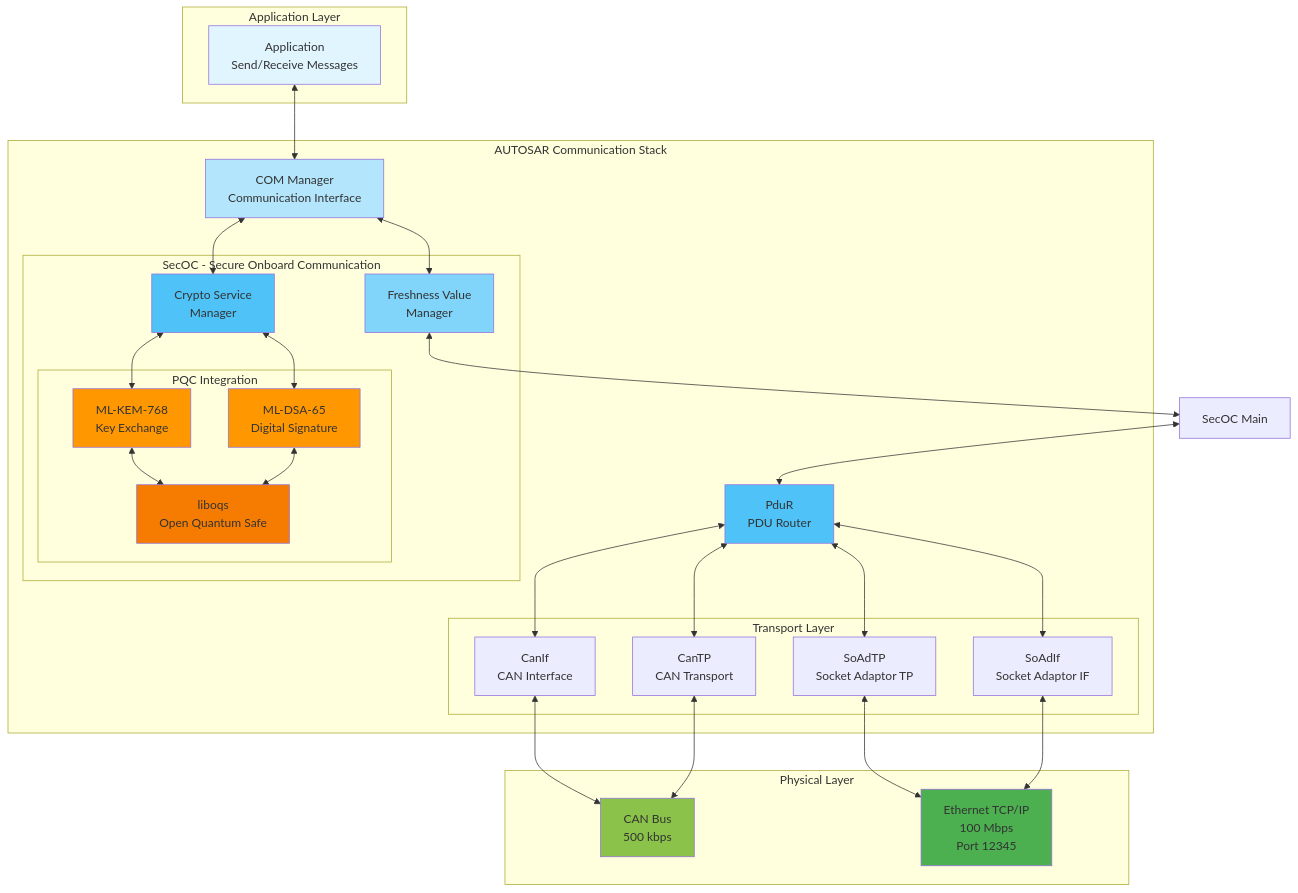
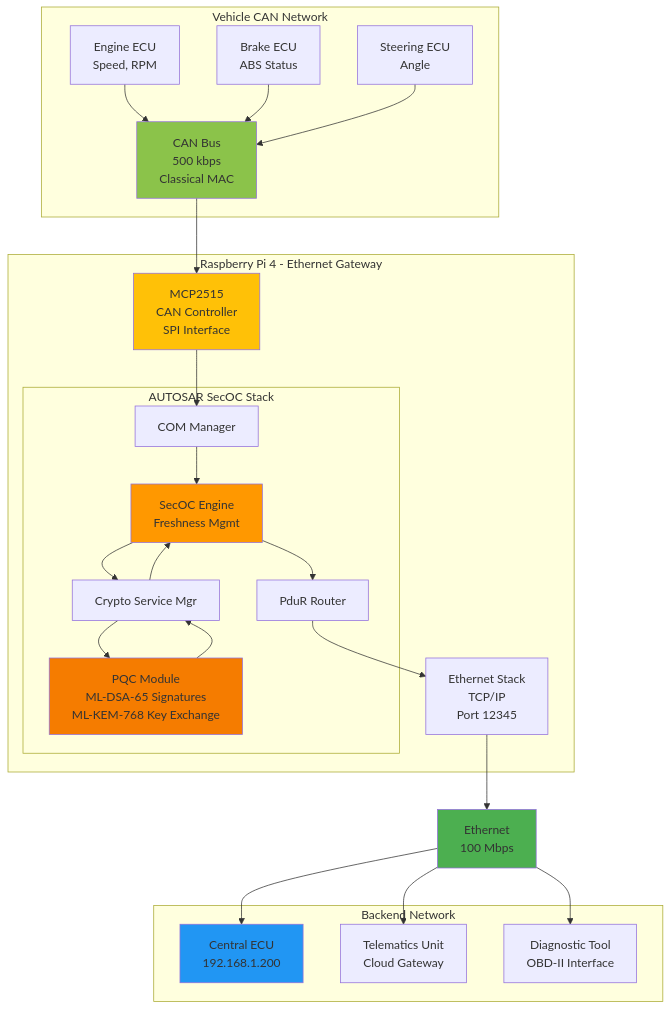
The first of 15 diagrams in Autosar_SecOC/DIAGRAMS.md (longluubao/computer_engineering_project), drawn with Mermaid before and after one commit. The commit also changed other lines of this file and 41 other files, not shown here.

First line of the commit message:
Update diagrams and documentation for PQC Ethernet gateway

````diff
--- a/Autosar_SecOC/DIAGRAMS.md
+++ b/Autosar_SecOC/DIAGRAMS.md
@@ -10,64 +10,54 @@
 ```mermaid
 graph TB
-    subgraph "Application Layer"
-        APP[Application<br/>Send/Receive Messages]
+    subgraph "Vehicle CAN Network"
+        ENGINE[Engine ECU<br/>Speed, RPM]
+        BRAKE[Brake ECU<br/>ABS Status]
+        STEERING[Steering ECU<br/>Angle]
+
+        ENGINE --> CAN_BUS[CAN Bus<br/>500 kbps<br/>Classical MAC]
+        BRAKE --> CAN_BUS
+        STEERING --> CAN_BUS
     end
 
-    subgraph "AUTOSAR Communication Stack"
-        COM[COM Manager<br/>Communication Interface]
+    subgraph "Raspberry Pi 4 - Ethernet Gateway"
+        CAN_CTRL[MCP2515<br/>CAN Controller<br/>SPI Interface]
 
-        subgraph "SecOC - Secure Onboard Communication"
-            FVM[Freshness Value<br/>Manager]
-            CSM[Crypto Service<br/>Manager]
-
-            subgraph "PQC Integration"
-                MLKEM[ML-KEM-768<br/>Key Exchange]
-                MLDSA[ML-DSA-65<br/>Digital Signature]
-                LIBOQS[liboqs<br/>Open Quantum Safe]
-            end
+        subgraph "AUTOSAR SecOC Stack"
+            COM[COM Manager]
+            SECOC[SecOC Engine<br/>Freshness Mgmt]
+            CSM[Crypto Service Mgr]
+            PQC[PQC Module<br/>ML-DSA-65 Signatures<br/>ML-KEM-768 Key Exchange]
+            PDUR[PduR Router]
         end
 
-        PDUR[PduR<br/>PDU Router]
-
-        subgraph "Transport Layer"
-            CANIF[CanIf<br/>CAN Interface]
-            CANTP[CanTP<br/>CAN Transport]
-            SOADTP[SoAdTP<br/>Socket Adaptor TP]
-            SOADIF[SoAdIf<br/>Socket Adaptor IF]
-        end
+        ETH_STACK[Ethernet Stack<br/>TCP/IP<br/>Port 12345]
     end
 
-    subgraph "Physical Layer"
-        CAN[CAN Bus<br/>500 kbps]
-        ETH[Ethernet TCP/IP<br/>100 Mbps<br/>Port 12345]
+    subgraph "Backend Network"
+        CENTRAL[Central ECU<br/>192.168.1.200]
+        TELEMATICS[Telematics Unit<br/>Cloud Gateway]
+        DIAGNOSTIC[Diagnostic Tool<br/>OBD-II Interface]
     end
 
-    APP <--> COM
-    COM <--> FVM
-    COM <--> CSM
-    FVM <--> SecOC_Main[SecOC Main]
-    CSM <--> MLKEM
-    CSM <--> MLDSA
-    MLKEM <--> LIBOQS
-    MLDSA <--> LIBOQS
-    SecOC_Main <--> PDUR
-    PDUR <--> CANIF
-    PDUR <--> CANTP
-    PDUR <--> SOADTP
-    PDUR <--> SOADIF
-    CANIF <--> CAN
-    CANTP <--> CAN
-    SOADTP <--> ETH
-    SOADIF <--> ETH
+    CAN_BUS --> CAN_CTRL
+    CAN_CTRL --> COM
+    COM --> SECOC
+    SECOC --> CSM
+    CSM --> PQC
+    PQC --> CSM
+    CSM --> SECOC
+    SECOC --> PDUR
+    PDUR --> ETH_STACK
 
-    style APP fill:#e1f5ff
-    style COM fill:#b3e5fc
-    style FVM fill:#81d4fa
-    style CSM fill:#4fc3f7
-    style MLKEM fill:#ff9800
-    style MLDSA fill:#ff9800
-    style LIBOQS fill:#f57c00
-    style PDUR fill:#4fc3f7
-    style ETH fill:#4caf50
-    style CAN fill:#8bc34a
+    ETH_STACK --> ETH_NET[Ethernet<br/>100 Mbps]
+    ETH_NET --> CENTRAL
+    ETH_NET --> TELEMATICS
+    ETH_NET --> DIAGNOSTIC
+
+    style CAN_BUS fill:#8bc34a
+    style CAN_CTRL fill:#ffc107
+    style SECOC fill:#ff9800
+    style PQC fill:#f57c00
+    style ETH_NET fill:#4caf50
+    style CENTRAL fill:#2196f3
 ```
````
